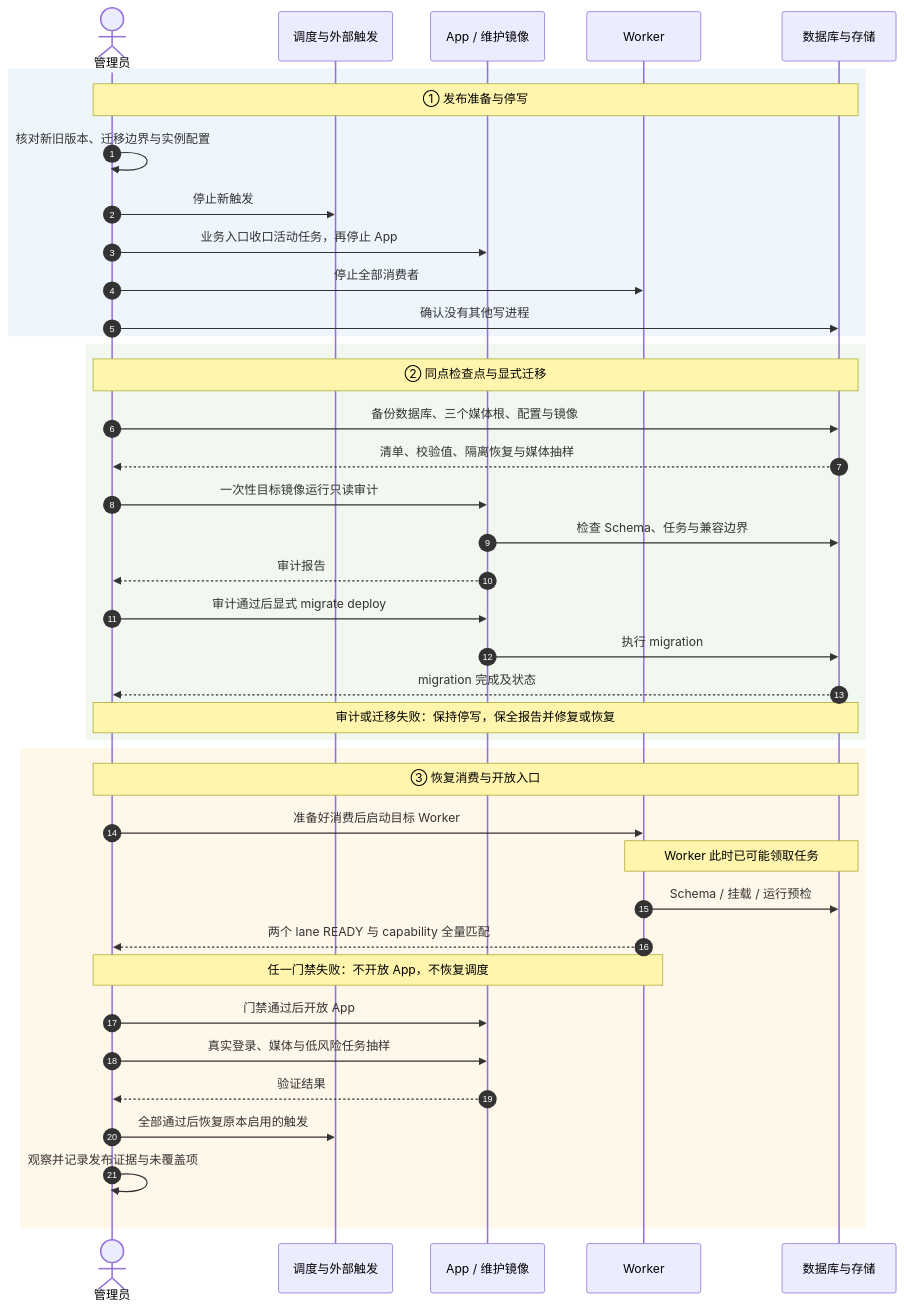
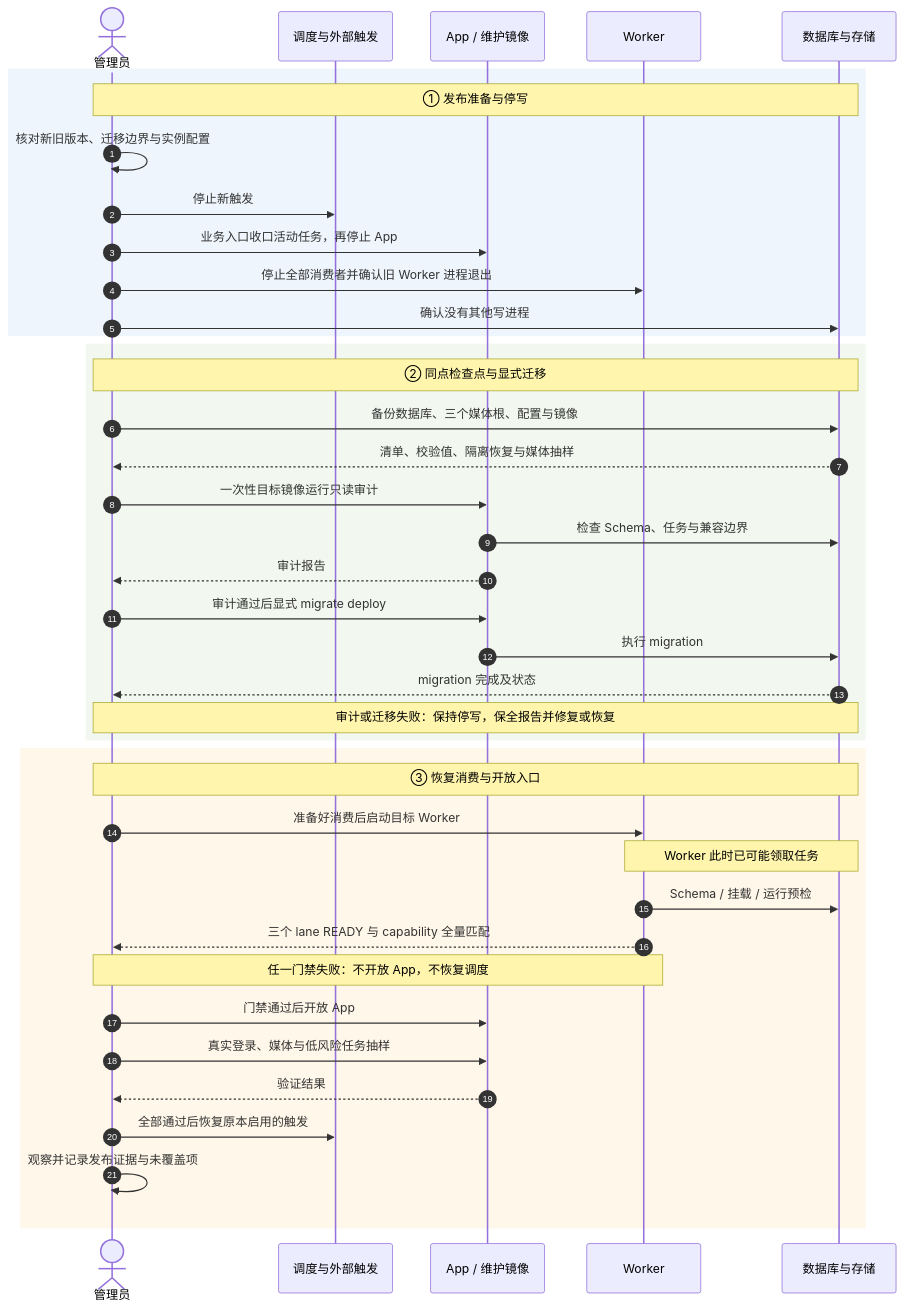
One commit to namehu/PixiShelf changed the diagram in docs/diagrams/operations/standard-release.mmd. Above: the diagram before and after it, drawn with Mermaid. The commit also changed 113 other files, not shown here.

```diff
--- a/docs/diagrams/operations/standard-release.mmd
+++ b/docs/diagrams/operations/standard-release.mmd
@@ -1,43 +1,43 @@
 sequenceDiagram
   autonumber
   actor M as 管理员
   participant S as 调度与外部触发
   participant A as App / 维护镜像
   participant W as Worker
   participant D as 数据库与存储
 
   rect rgb(238, 245, 252)
     Note over M,D: ① 发布准备与停写
     M->>M: 核对新旧版本、迁移边界与实例配置
     M->>S: 停止新触发
     M->>A: 业务入口收口活动任务，再停止 App
-    M->>W: 停止全部消费者
+    M->>W: 停止全部消费者并确认旧 Worker 进程退出
     M->>D: 确认没有其他写进程
   end
 
   rect rgb(242, 248, 239)
     Note over M,D: ② 同点检查点与显式迁移
     M->>D: 备份数据库、三个媒体根、配置与镜像
     D-->>M: 清单、校验值、隔离恢复与媒体抽样
     M->>A: 一次性目标镜像运行只读审计
     A->>D: 检查 Schema、任务与兼容边界
     A-->>M: 审计报告
     M->>A: 审计通过后显式 migrate deploy
     A->>D: 执行 migration
     D-->>M: migration 完成及状态
     Note over M,D: 审计或迁移失败：保持停写，保全报告并修复或恢复
   end
 
   rect rgb(255, 247, 233)
     Note over M,D: ③ 恢复消费与开放入口
     M->>W: 准备好消费后启动目标 Worker
     Note over W,D: Worker 此时已可能领取任务
     W->>D: Schema / 挂载 / 运行预检
-    W-->>M: 两个 lane READY 与 capability 全量匹配
+    W-->>M: 三个 lane READY 与 capability 全量匹配
     Note over M,W: 任一门禁失败：不开放 App，不恢复调度
     M->>A: 门禁通过后开放 App
     M->>A: 真实登录、媒体与低风险任务抽样
     A-->>M: 验证结果
     M->>S: 全部通过后恢复原本启用的触发
     M->>M: 观察并记录发布证据与未覆盖项
   end
```
